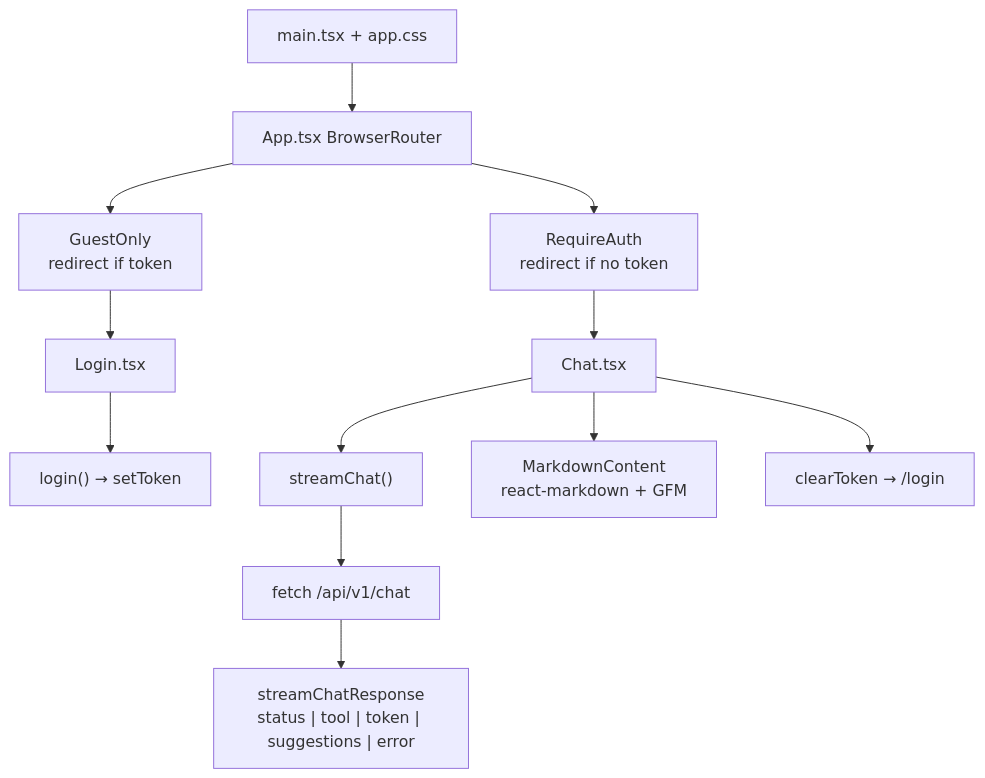
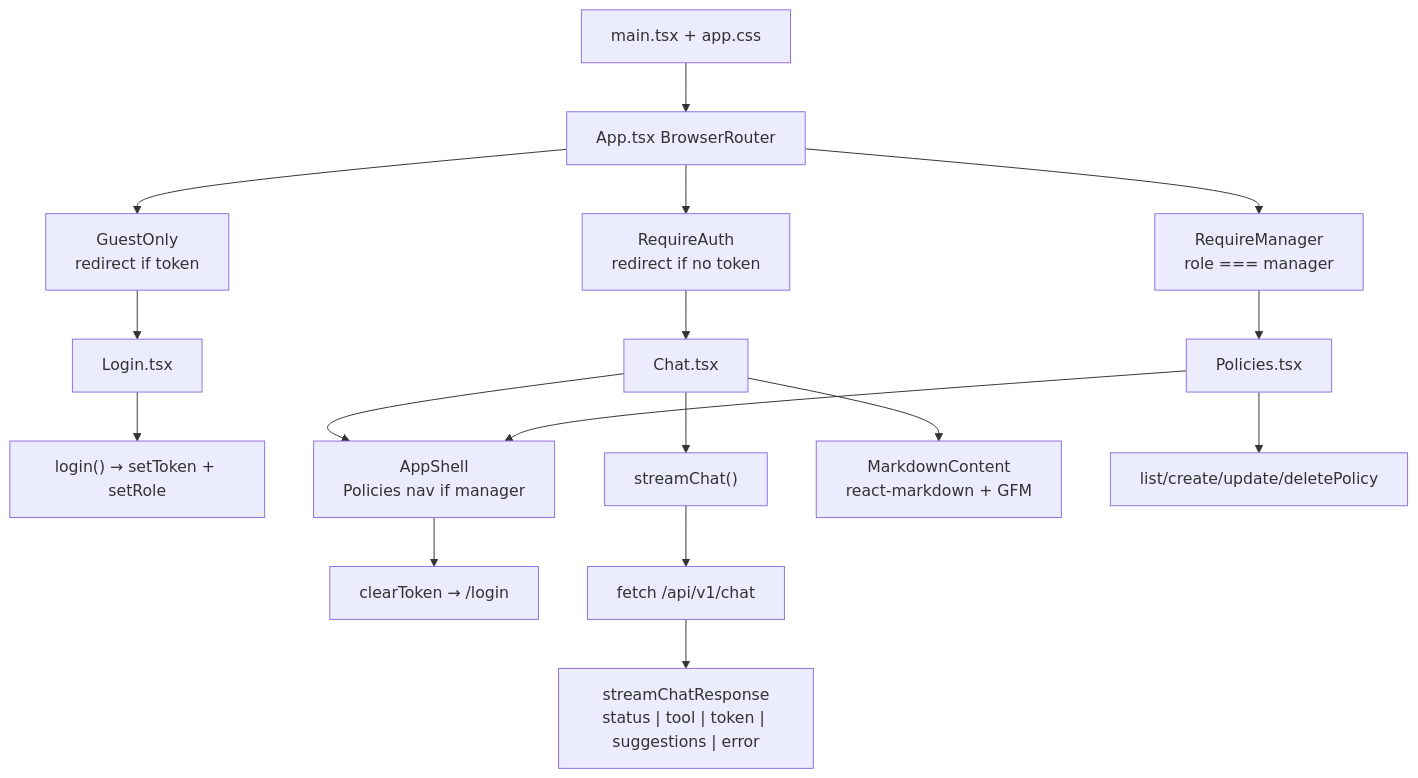
Before and after one commit to sriramkasyap/Airtribe-AI-HR-Helpdesk-Assistant: the ninth of 11 diagrams in ARCHITECTURE.md, drawn with Mermaid. The commit also changed other lines of this file and 17 other files, not shown here.

First line of the commit message:
feat: add manager-only HR policies management

````diff
--- a/ARCHITECTURE.md
+++ b/ARCHITECTURE.md
@@ -333,18 +334,23 @@
 ```mermaid
 flowchart TB
   Main["main.tsx + app.css"] --> App["App.tsx BrowserRouter"]
 
   App --> Guest["GuestOnly<br/>redirect if token"]
   App --> Req["RequireAuth<br/>redirect if no token"]
+  App --> Mgr["RequireManager<br/>role === manager"]
 
   Guest --> LoginPage["Login.tsx"]
   Req --> ChatPage["Chat.tsx"]
+  Mgr --> PoliciesPage["Policies.tsx"]
 
-  LoginPage --> LoginAPI["login() → setToken"]
+  LoginPage --> LoginAPI["login() → setToken + setRole"]
+  ChatPage --> Shell["AppShell<br/>Policies nav if manager"]
+  PoliciesPage --> Shell
   ChatPage --> Stream["streamChat()"]
   ChatPage --> MD["MarkdownContent<br/>react-markdown + GFM"]
-  ChatPage --> Logout["clearToken → /login"]
+  PoliciesPage --> PolicyAPI["list/create/update/deletePolicy"]
+  Shell --> Logout["clearToken → /login"]
 
   Stream --> Fetch["fetch /api/v1/chat"]
   Fetch --> Parse["streamChatResponse<br/>status | tool | token | suggestions | error"]
 ```
````
